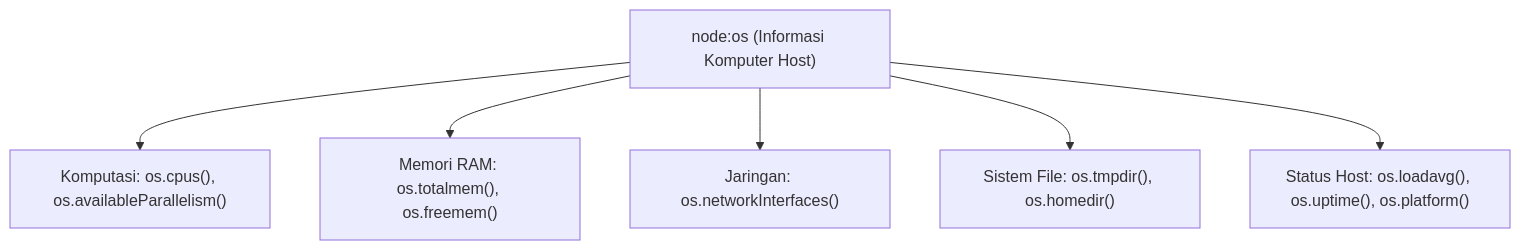
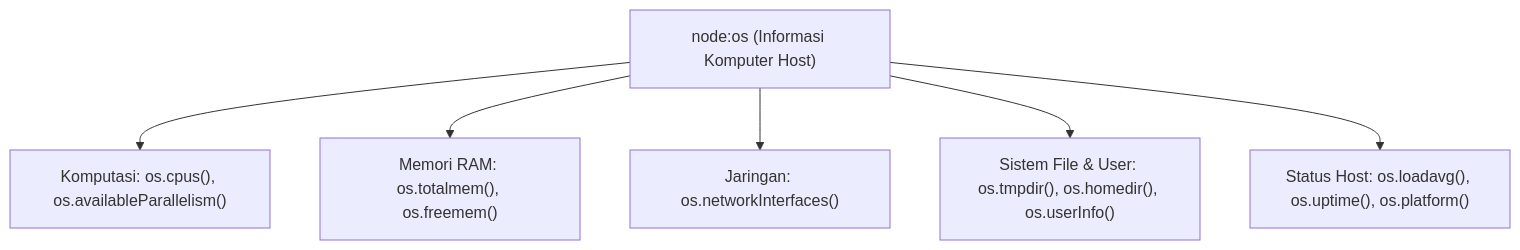
Before and after one commit to san4byte/nodejs-handbook: the diagram in 01-core-modules/04-os/README.md, drawn with Mermaid. The commit also changed other lines of this file and 12 other files, not shown here.

Commit message:
refactor(01-core-modules): streamline main.mjs, add os.userInfo, and sync exercise contracts

````diff
--- a/01-core-modules/04-os/README.md
+++ b/01-core-modules/04-os/README.md
@@ -25,8 +25,8 @@
 ```mermaid
 flowchart TD
     OS["node:os (Informasi Komputer Host)"] --> CPU["Komputasi: os.cpus(), os.availableParallelism()"]
     OS --> MEM["Memori RAM: os.totalmem(), os.freemem()"]
     OS --> NET["Jaringan: os.networkInterfaces()"]
-    OS --> FS["Sistem File: os.tmpdir(), os.homedir()"]
+    OS --> FS["Sistem File & User: os.tmpdir(), os.homedir(), os.userInfo()"]
     OS --> METRIC["Status Host: os.loadavg(), os.uptime(), os.platform()"]
 ```
````
